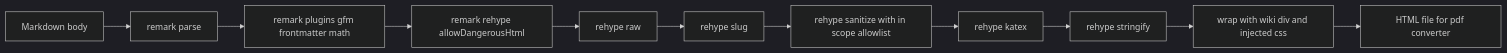
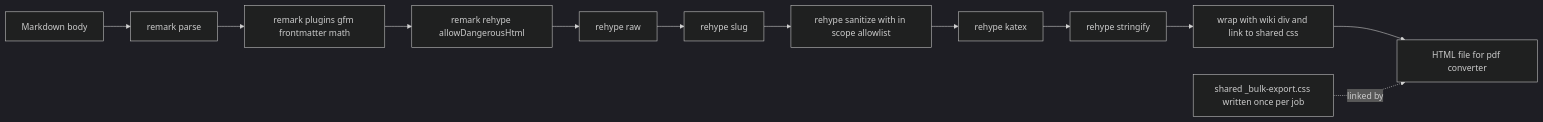
Before and after one commit to growilabs/growi: the second of 2 diagrams in .kiro/specs/bulk-export-pdf-rendering/design.md, drawn with Mermaid (dark theme). The commit also changed other lines of this file and 13 other files, not shown here.

First line of the commit message:
refactor(bulk-export): dedup CSS via shared stylesheet, single-source plugins, AST drift test

````diff
--- a/.kiro/specs/bulk-export-pdf-rendering/design.md
+++ b/.kiro/specs/bulk-export-pdf-rendering/design.md
@@ -153,13 +179,14 @@
 ```mermaid
 graph LR
   MD[Markdown body] --> P[remark parse]
   P --> R[remark plugins gfm frontmatter math]
   R --> RH[remark rehype allowDangerousHtml]
   RH --> RAW[rehype raw]
   RAW --> SLUG[rehype slug]
   SLUG --> SAN[rehype sanitize with in scope allowlist]
   SAN --> KATEX[rehype katex]
   KATEX --> STR[rehype stringify]
-  STR --> WRAP[wrap with wiki div and injected css]
+  STR --> WRAP[wrap with wiki div and link to shared css]
   WRAP --> FILE[HTML file for pdf converter]
+  CSSJOB[shared _bulk-export.css written once per job] -. linked by .-> FILE
 ```
````
